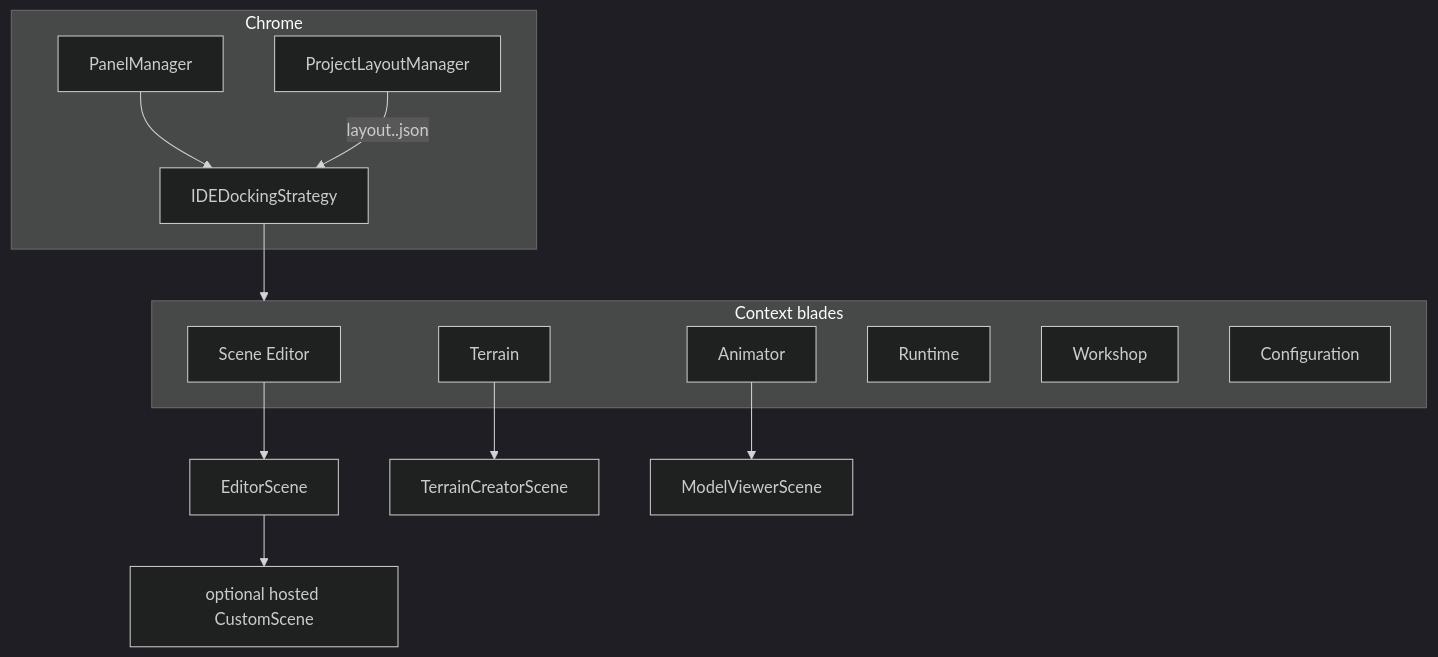
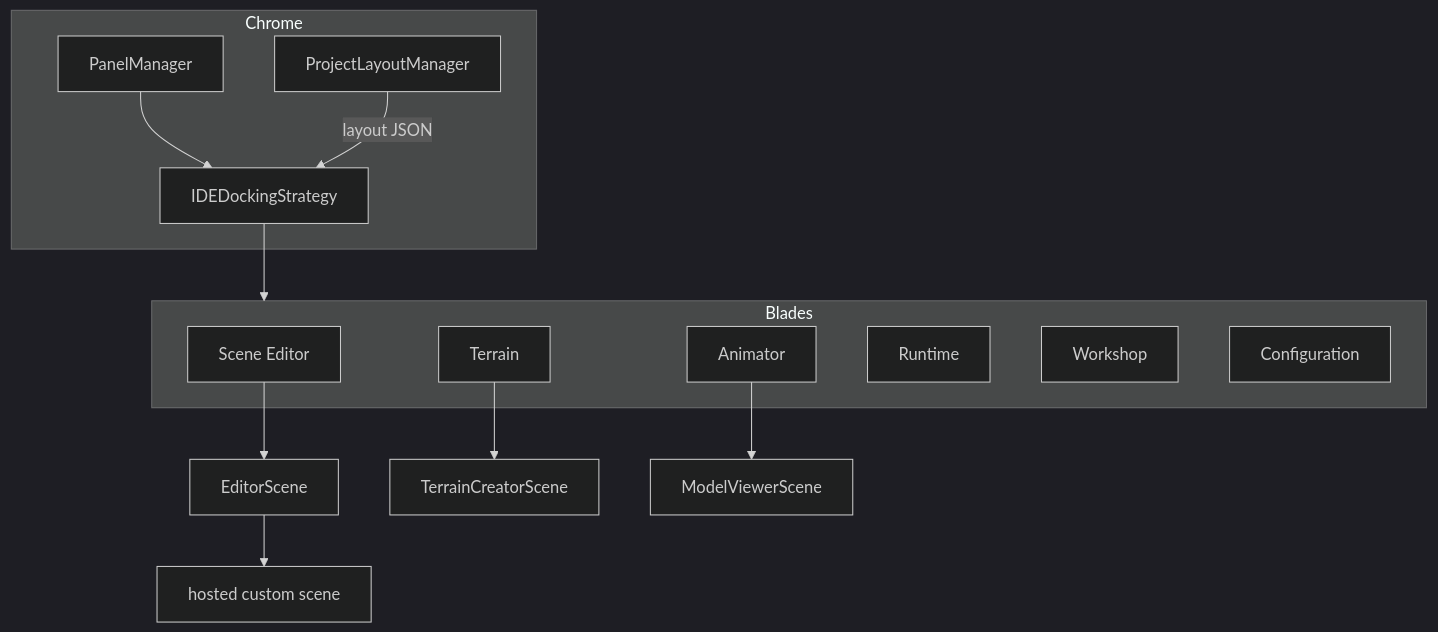
One commit to ireakhavok/Castle changed the first of 5 diagrams in docs/IDE.md. Above: the diagram before and after it, drawn with Mermaid. The commit also changed other lines of this file and 6 other files, not shown here.

````diff
--- a/docs/IDE.md
+++ b/docs/IDE.md
@@ -5,24 +5,24 @@
 ```mermaid
 %%{init: {'theme':'dark'}}%%
 flowchart TB
   subgraph Chrome
     PM[PanelManager]
     DS[IDEDockingStrategy]
     PL[ProjectLayoutManager]
     PM --> DS
-    PL -->|"layout.<Context>.json"| DS
+    PL -->|layout JSON| DS
   end
-  subgraph Blades["Context blades"]
+  subgraph Blades
     SE[Scene Editor]
     TE[Terrain]
     AN[Animator]
     RT[Runtime]
     WS[Workshop]
     CF[Configuration]
   end
   DS --> Blades
   SE --> ES[EditorScene]
   TE --> TCS[TerrainCreatorScene]
   AN --> MVS[ModelViewerScene]
-  ES --> Host[optional hosted CustomScene]
+  ES --> Host[hosted custom scene]
 ```
````
